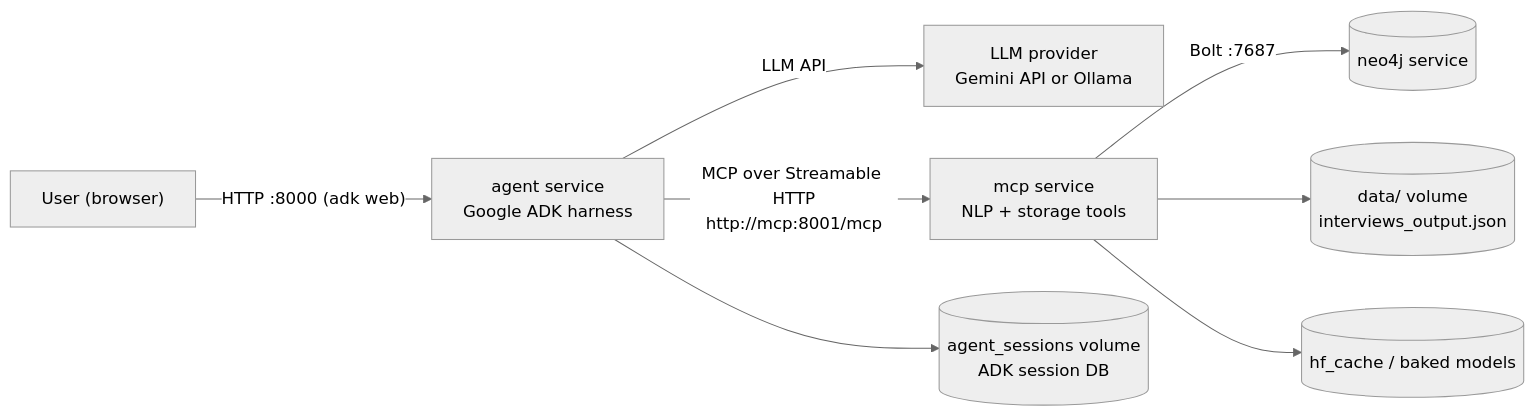
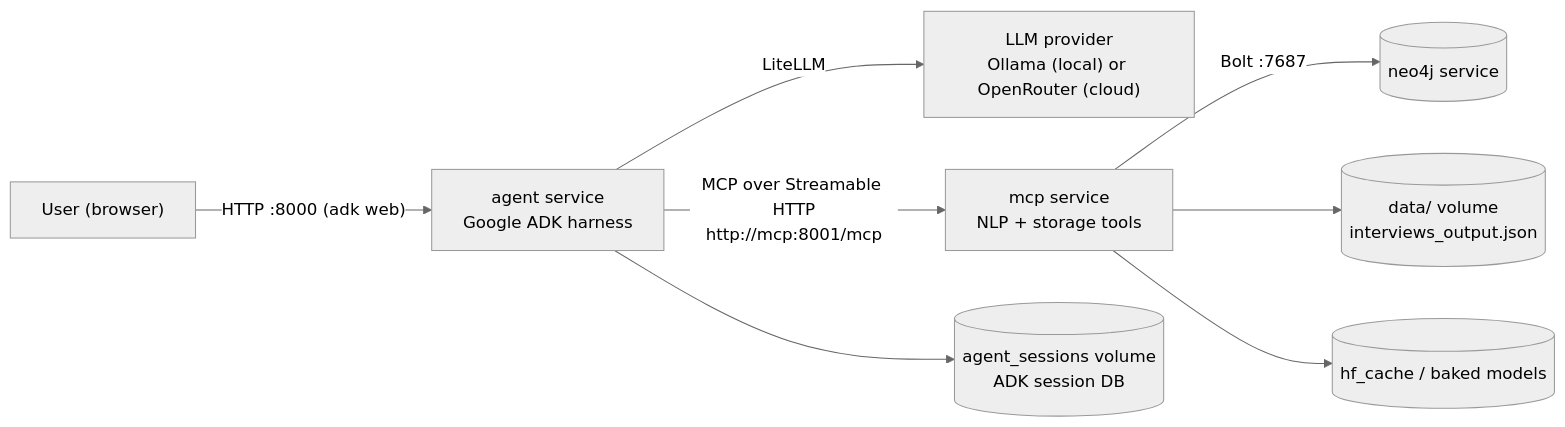
The diagram in .agents/GOALS.md (GrigorasVictor/ai-interviewer), drawn with Mermaid (neutral theme) before and after one commit. The commit also changed other lines of this file and 27 other files, not shown here.

````diff
--- a/.agents/GOALS.md
+++ b/.agents/GOALS.md
@@ -48,10 +49,10 @@
 ```mermaid
 flowchart LR
     U["User (browser)"] -->|"HTTP :8000 (adk web)"| A["agent service<br/>Google ADK harness"]
-    A -->|"LLM API"| L["LLM provider<br/>Gemini API or Ollama"]
+    A -->|"LiteLLM"| L["LLM provider<br/>Ollama (local) or OpenRouter (cloud)"]
     A -->|"MCP over Streamable HTTP<br/>http://mcp:8001/mcp"| M["mcp service<br/>NLP + storage tools"]
     M -->|"Bolt :7687"| N[("neo4j service")]
     M --> J[("data/ volume<br/>interviews_output.json")]
     M --> H[("hf_cache / baked models")]
     A --> S[("agent_sessions volume<br/>ADK session DB")]
 ```
````
